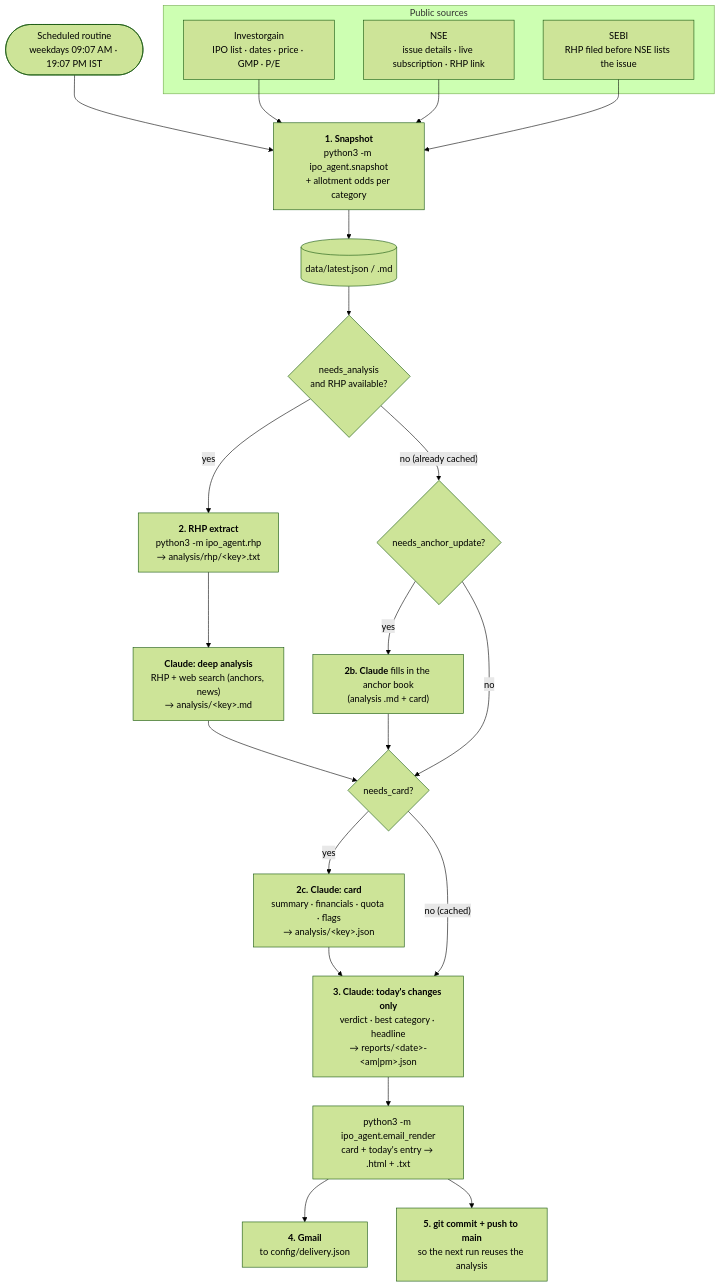
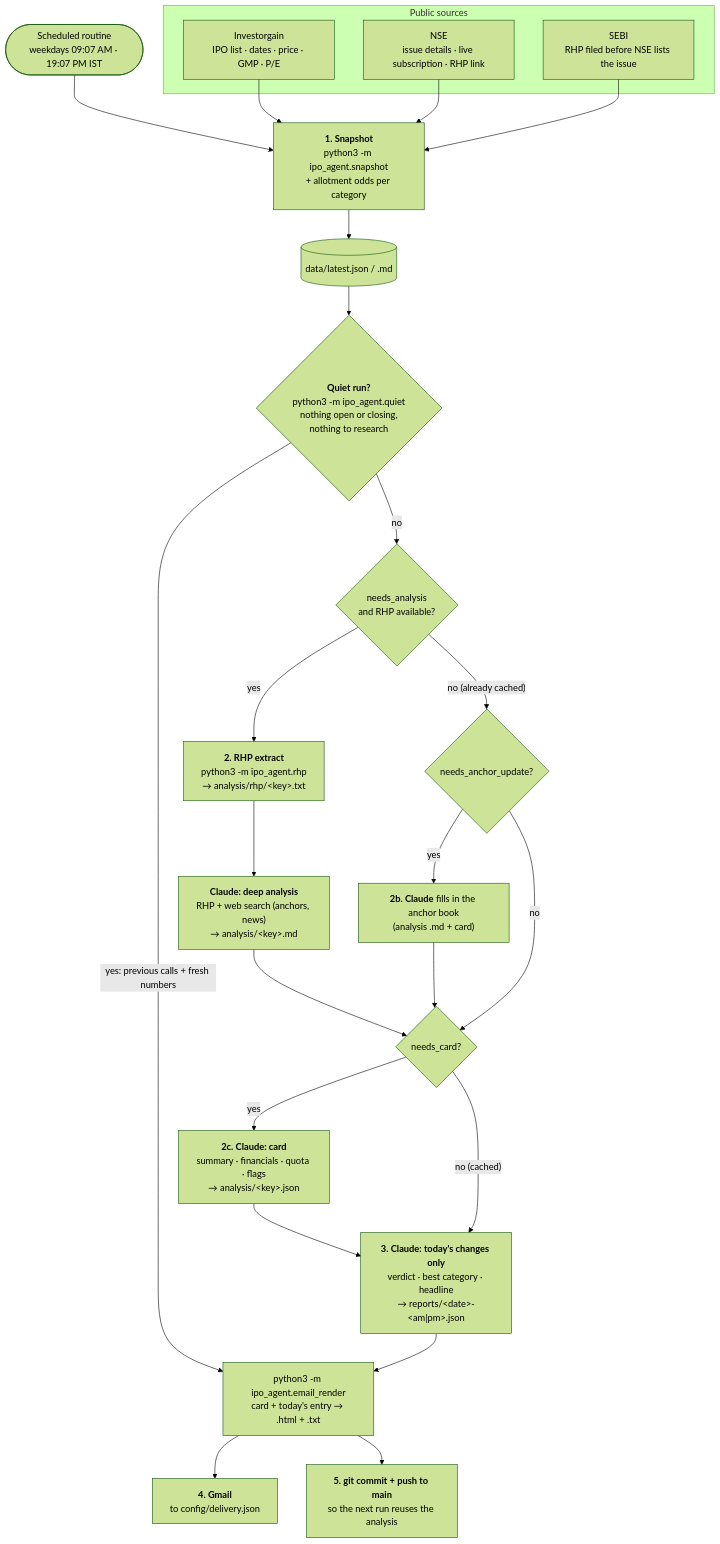
One commit to badjatya/IPO changed the first of 2 diagrams in README.md. Above: the diagram before and after it, drawn with Mermaid (forest theme). The commit also changed other lines of this file and 3 other files, not shown here.

First line of the commit message:
Quiet runs: skip Claude's judgement when nothing is open or needs research

````diff
--- a/README.md
+++ b/README.md
@@ -21,30 +24,32 @@
 ```mermaid
 flowchart TD
     trigger(["Scheduled routine<br/>weekdays 09:07 AM · 19:07 PM IST"]) --> snap
 
     subgraph sources ["Public sources"]
         IG["Investorgain<br/>IPO list · dates · price · GMP · P/E"]
         NSE["NSE<br/>issue details · live subscription · RHP link"]
         SEBI["SEBI<br/>RHP filed before NSE lists the issue"]
     end
 
     IG --> snap
     NSE --> snap
     SEBI --> snap
 
     snap["<b>1. Snapshot</b><br/>python3 -m ipo_agent.snapshot<br/>+ allotment odds per category"] --> latest[("data/latest.json / .md")]
 
-    latest --> need{"needs_analysis<br/>and RHP available?"}
+    latest --> quiet{"<b>Quiet run?</b><br/>python3 -m ipo_agent.quiet<br/>nothing open or closing,<br/>nothing to research"}
+    quiet -- "yes: previous calls + fresh numbers" --> render
+    quiet -- no --> need{"needs_analysis<br/>and RHP available?"}
     need -- yes --> rhp["<b>2. RHP extract</b><br/>python3 -m ipo_agent.rhp<br/>→ analysis/rhp/&lt;key&gt;.txt"]
     rhp --> deep["<b>Claude: deep analysis</b><br/>RHP + web search (anchors, news)<br/>→ analysis/&lt;key&gt;.md"]
     need -- "no (already cached)" --> anchor{"needs_anchor_update?"}
     deep --> card
     anchor -- yes --> fill["<b>2b. Claude</b> fills in the anchor book<br/>(analysis .md + card)"] --> card
     anchor -- no --> card
     card{"needs_card?"} -- yes --> writecard["<b>2c. Claude: card</b><br/>summary · financials · quota · flags<br/>→ analysis/&lt;key&gt;.json"] --> verdicts
     card -- "no (cached)" --> verdicts
 
     verdicts["<b>3. Claude: today's changes only</b><br/>verdict · best category · headline<br/>→ reports/&lt;date&gt;-&lt;am|pm&gt;.json"] --> render["python3 -m ipo_agent.email_render<br/>card + today's entry → .html + .txt"]
     render --> mail["<b>4. Gmail</b><br/>to config/delivery.json"]
     render --> commit["<b>5. git commit + push to main</b><br/>so the next run reuses the analysis"]
 ```
````
